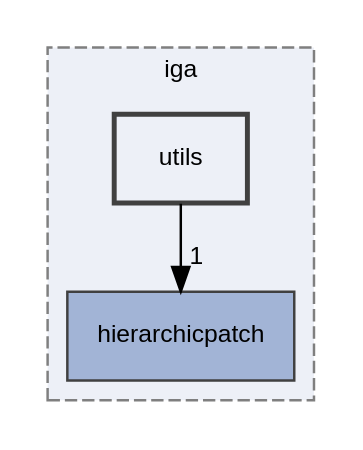
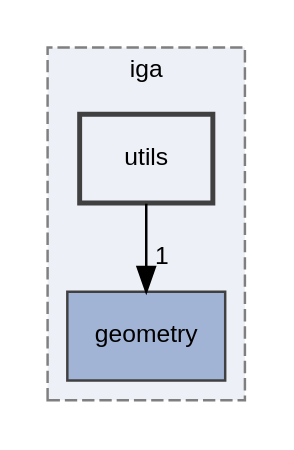
One commit to rath3t/dune-iga-doc changed the diagram in dir_054fedf05f142c88b967e78541d2ed3d_dep.dot. Above: the diagram before and after it, drawn with Graphviz. The commit also changed 1684 other files, not shown here.

```diff
--- a/dir_054fedf05f142c88b967e78541d2ed3d_dep.dot
+++ b/dir_054fedf05f142c88b967e78541d2ed3d_dep.dot
@@ -1,13 +1,13 @@
 digraph "utils"
 {
  // LATEX_PDF_SIZE
   edge [fontname="Helvetica",fontsize="10",labelfontname="Helvetica",labelfontsize="10"];
   node [fontname="Helvetica",fontsize="10",shape=record];
   compound=true
   subgraph clusterdir_d2a3c23294a1b1015b1b8e8721ddded8 {
     graph [ bgcolor="#edf0f7", pencolor="grey50", style="filled,dashed,", label="iga", fontname="Helvetica", fontsize="10", URL="dir_d2a3c23294a1b1015b1b8e8721ddded8.html"]
-  dir_12fc9e68aad46ae2d80ba50ef1c96d76 [shape=box, label="hierarchicpatch", style="filled,", fillcolor="#a2b4d6", color="grey25", URL="dir_12fc9e68aad46ae2d80ba50ef1c96d76.html"];
+  dir_b534248905b8119b36a62f0ff7e8fe43 [shape=box, label="geometry", style="filled,", fillcolor="#a2b4d6", color="grey25", URL="dir_b534248905b8119b36a62f0ff7e8fe43.html"];
   dir_054fedf05f142c88b967e78541d2ed3d [shape=box, label="utils", style="filled,bold,", fillcolor="#edf0f7", color="grey25", URL="dir_054fedf05f142c88b967e78541d2ed3d.html"];
   }
-  dir_054fedf05f142c88b967e78541d2ed3d->dir_12fc9e68aad46ae2d80ba50ef1c96d76 [headlabel="1", labeldistance=1.5 headhref="dir_000019_000007.html"];
+  dir_054fedf05f142c88b967e78541d2ed3d->dir_b534248905b8119b36a62f0ff7e8fe43 [headlabel="1", labeldistance=1.5 headhref="dir_000010_000003.html"];
 }
```
